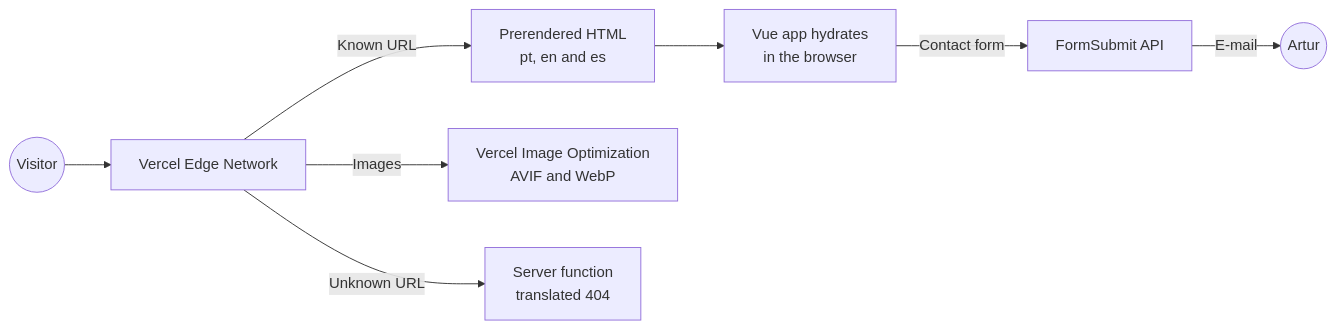
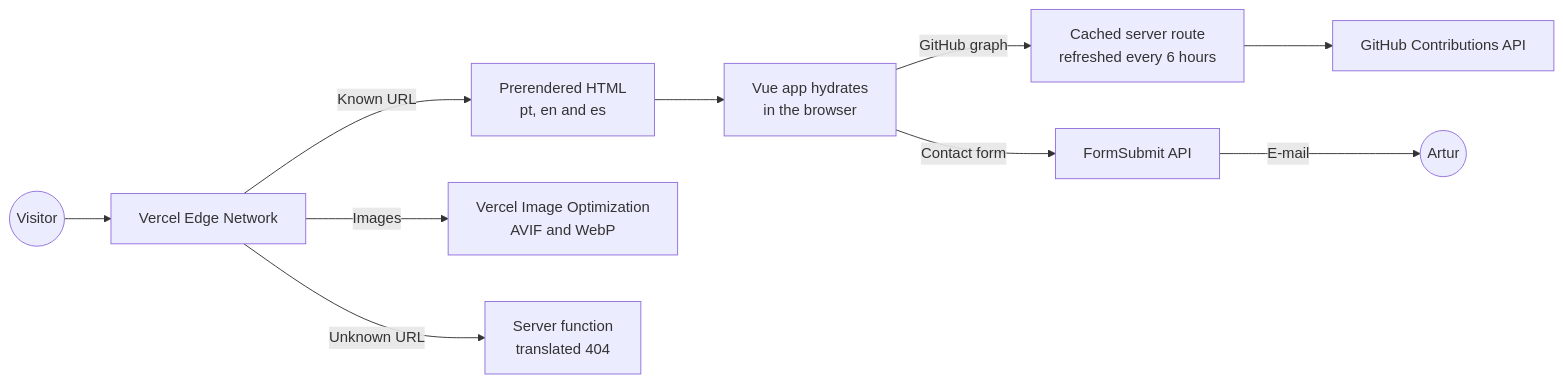
One commit to arturbomtempo-dev/portfolio changed the diagram in README.md. Above: the diagram before and after it, drawn with Mermaid. The commit also changed other lines of this file and 13 other files, not shown here.

````diff
--- a/README.md
+++ b/README.md
@@ -118,10 +119,12 @@
 ```mermaid
 flowchart LR
     Visitor((Visitor)) --> Edge[Vercel Edge Network]
     Edge -->|Known URL| Static[Prerendered HTML<br/>pt, en and es]
     Edge -->|Images| Optimizer[Vercel Image Optimization<br/>AVIF and WebP]
     Edge -->|Unknown URL| Fallback[Server function<br/>translated 404]
     Static --> App[Vue app hydrates<br/>in the browser]
+    App -->|GitHub graph| Contributions[Cached server route<br/>refreshed every 6 hours]
+    Contributions --> GitHubAPI[GitHub Contributions API]
     App -->|Contact form| FormSubmit[FormSubmit API]
     FormSubmit -->|E-mail| Owner((Artur))
 ```
````
